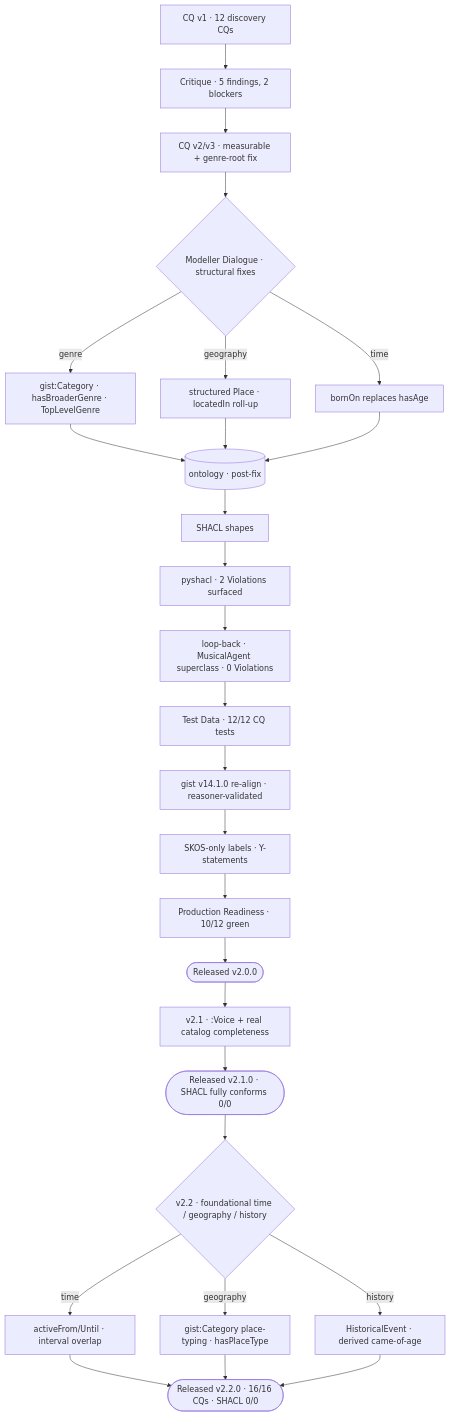
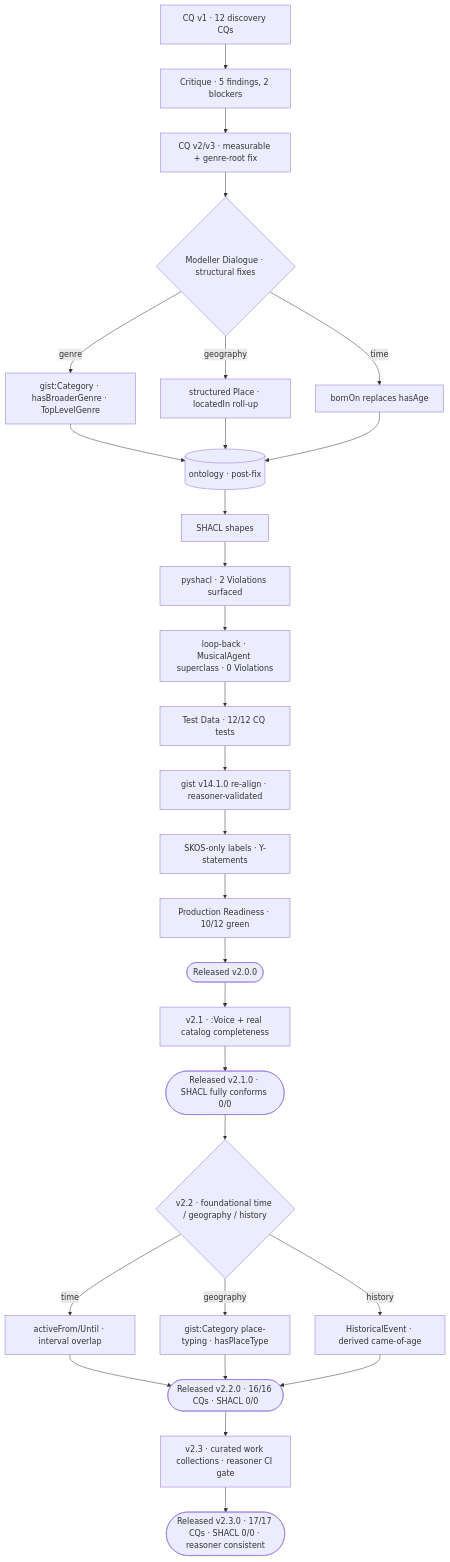
The second of 3 diagrams in README.md (blacng/music-ontology), drawn with Mermaid before and after one commit. The commit also changed other lines of this file, not shown here.

First line of the commit message:
docs: refresh README for v2.3.0 (work collections + reasoner CI gate) (#21)

````diff
--- a/README.md
+++ b/README.md
@@ -38,29 +38,31 @@
 ```mermaid
 flowchart TB
   cq1[CQ v1 · 12 discovery CQs] --> crit[Critique · 5 findings, 2 blockers]
   crit --> cq2[CQ v2/v3 · measurable + genre-root fix]
   cq2 --> dlg{Modeller Dialogue · structural fixes}
   dlg -->|genre| g[gist:Category · hasBroaderGenre · TopLevelGenre]
   dlg -->|geography| pl[structured Place · locatedIn roll-up]
   dlg -->|time| bd[bornOn replaces hasAge]
   g --> ttl[(ontology · post-fix)]
   pl --> ttl
   bd --> ttl
   ttl --> shacl[SHACL shapes]
   shacl --> rep[pyshacl · 2 Violations surfaced]
   rep --> dlg2[loop-back · MusicalAgent superclass · 0 Violations]
   dlg2 --> td[Test Data · 12/12 CQ tests]
   td --> gist[gist v14.1.0 re-align · reasoner-validated]
   gist --> skos[SKOS-only labels · Y-statements]
   skos --> pr[Production Readiness · 10/12 green]
   pr --> v20([Released v2.0.0])
   v20 --> v21[v2.1 · :Voice + real catalog completeness]
   v21 --> rel21([Released v2.1.0 · SHACL fully conforms 0/0])
   rel21 --> v22{v2.2 · foundational time / geography / history}
   v22 -->|time| af[activeFrom/Until · interval overlap]
   v22 -->|geography| pt[gist:Category place-typing · hasPlaceType]
   v22 -->|history| he[HistoricalEvent · derived came-of-age]
-  af --> rel([Released v2.2.0 · 16/16 CQs · SHACL 0/0])
-  pt --> rel
-  he --> rel
+  af --> rel22([Released v2.2.0 · 16/16 CQs · SHACL 0/0])
+  pt --> rel22
+  he --> rel22
+  rel22 --> v23[v2.3 · curated work collections · reasoner CI gate]
+  v23 --> rel([Released v2.3.0 · 17/17 CQs · SHACL 0/0 · reasoner consistent])
 ```
````
